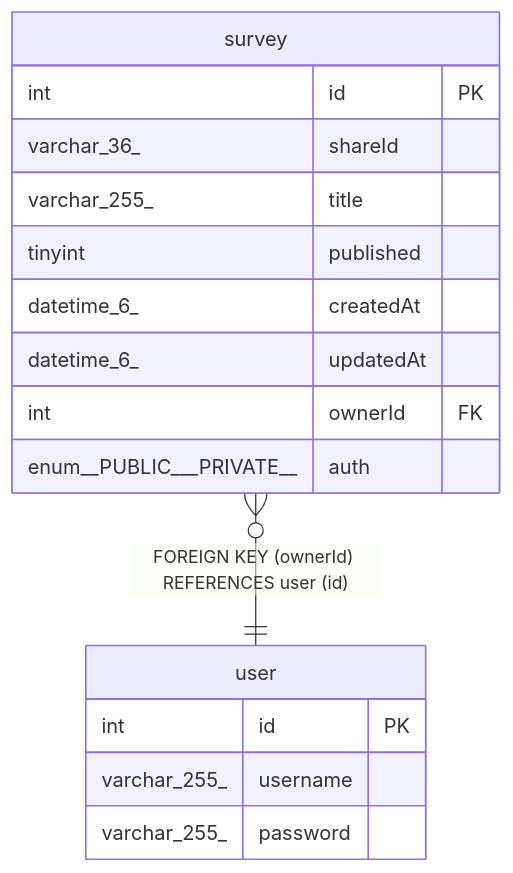
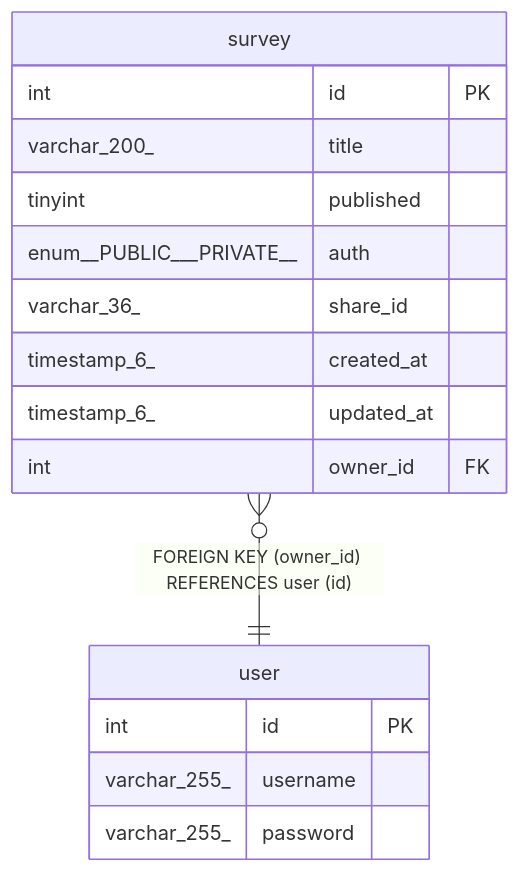
Before and after one commit to BepHblVI/First-nest: the diagram in docs/database/user.md, drawn with Mermaid. The commit also changed 47 other files, not shown here.

````diff
--- a/docs/database/user.md
+++ b/docs/database/user.md
@@ -44,21 +44,21 @@
 ```mermaid
 erDiagram
 
-"survey" }o--|| "user" : "FOREIGN KEY (ownerId) REFERENCES user (id)"
+"survey" }o--|| "user" : "FOREIGN KEY (owner_id) REFERENCES user (id)"
 
 "user" {
   int id PK
   varchar_255_ username
   varchar_255_ password
 }
 "survey" {
   int id PK
-  varchar_36_ shareId
-  varchar_255_ title
+  varchar_200_ title
   tinyint published
-  datetime_6_ createdAt
-  datetime_6_ updatedAt
-  int ownerId FK
   enum__PUBLIC___PRIVATE__ auth
+  varchar_36_ share_id
+  timestamp_6_ created_at
+  timestamp_6_ updated_at
+  int owner_id FK
 }
 ```
````
